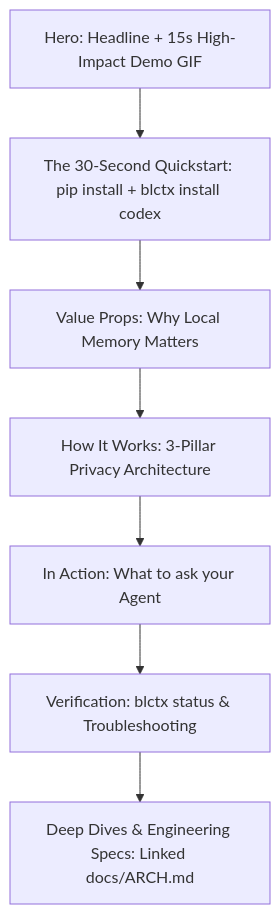
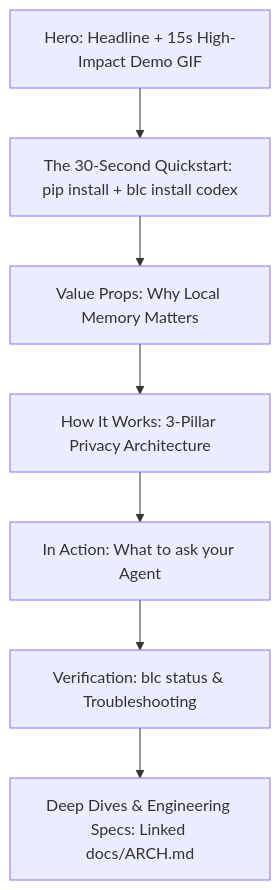
Before and after one commit to gnulnx/Context: the first of 2 diagrams in docs/UXReview.md, drawn with Mermaid. The commit also changed other lines of this file and 25 other files, not shown here.

Commit message:
Rename blctx CLI command to blc (#47)

````diff
--- a/docs/UXReview.md
+++ b/docs/UXReview.md
@@ -57,9 +57,9 @@
 ```mermaid
 graph TD
-    A[Hero: Headline + 15s High-Impact Demo GIF] --> B[The 30-Second Quickstart: pip install + blctx install codex]
+    A[Hero: Headline + 15s High-Impact Demo GIF] --> B[The 30-Second Quickstart: pip install + blc install codex]
     B --> C[Value Props: Why Local Memory Matters]
     C --> D[How It Works: 3-Pillar Privacy Architecture]
     D --> E[In Action: What to ask your Agent]
-    E --> F[Verification: blctx status & Troubleshooting]
+    E --> F[Verification: blc status & Troubleshooting]
     F --> G[Deep Dives & Engineering Specs: Linked docs/ARCH.md]
 ```
````
